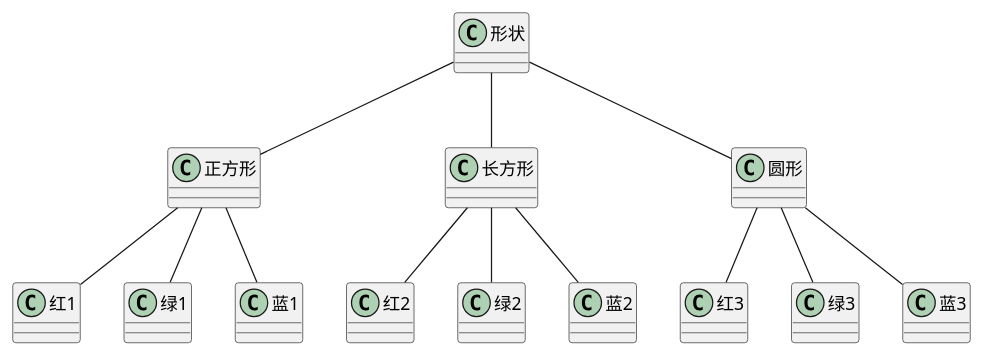
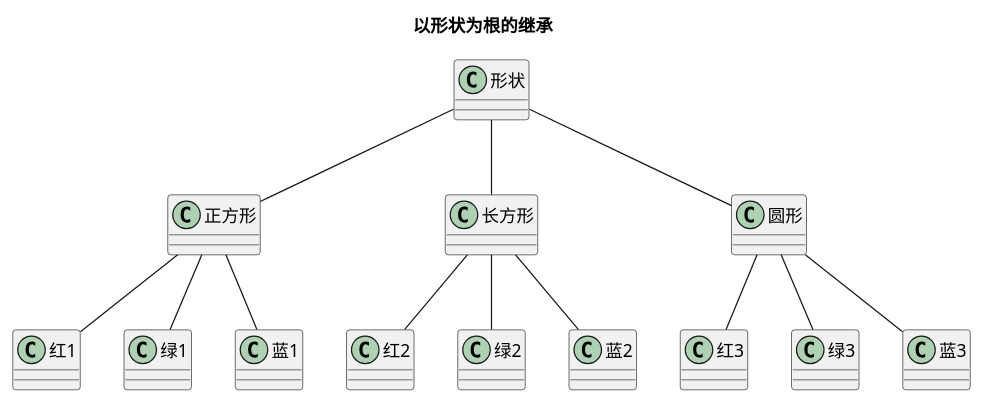
The second of 5 diagrams in source/_posts/模式-桥接模式.md (lepoch/lepoch.github.io), drawn with PlantUML before and after one commit. The commit also changed other lines of this file and 231 other files, not shown here.

````diff
--- a/source/_posts/模式-桥接模式.md
+++ b/source/_posts/模式-桥接模式.md
@@ -141,19 +256,21 @@
 ```plantuml
 @startuml
+Title "以形状为根的继承"
+
 正方形 -up- 形状
 长方形 -up- 形状
 圆形 -up- 形状
 
 红3 -up- 圆形
 绿3 -up- 圆形
 蓝3 -up- 圆形
 
 红2 -up- 长方形
 绿2 -up- 长方形
 蓝2 -up- 长方形
 
 红1 -up- 正方形
 绿1 -up- 正方形
 蓝1 -up- 正方形
 @enduml
 ```
````
